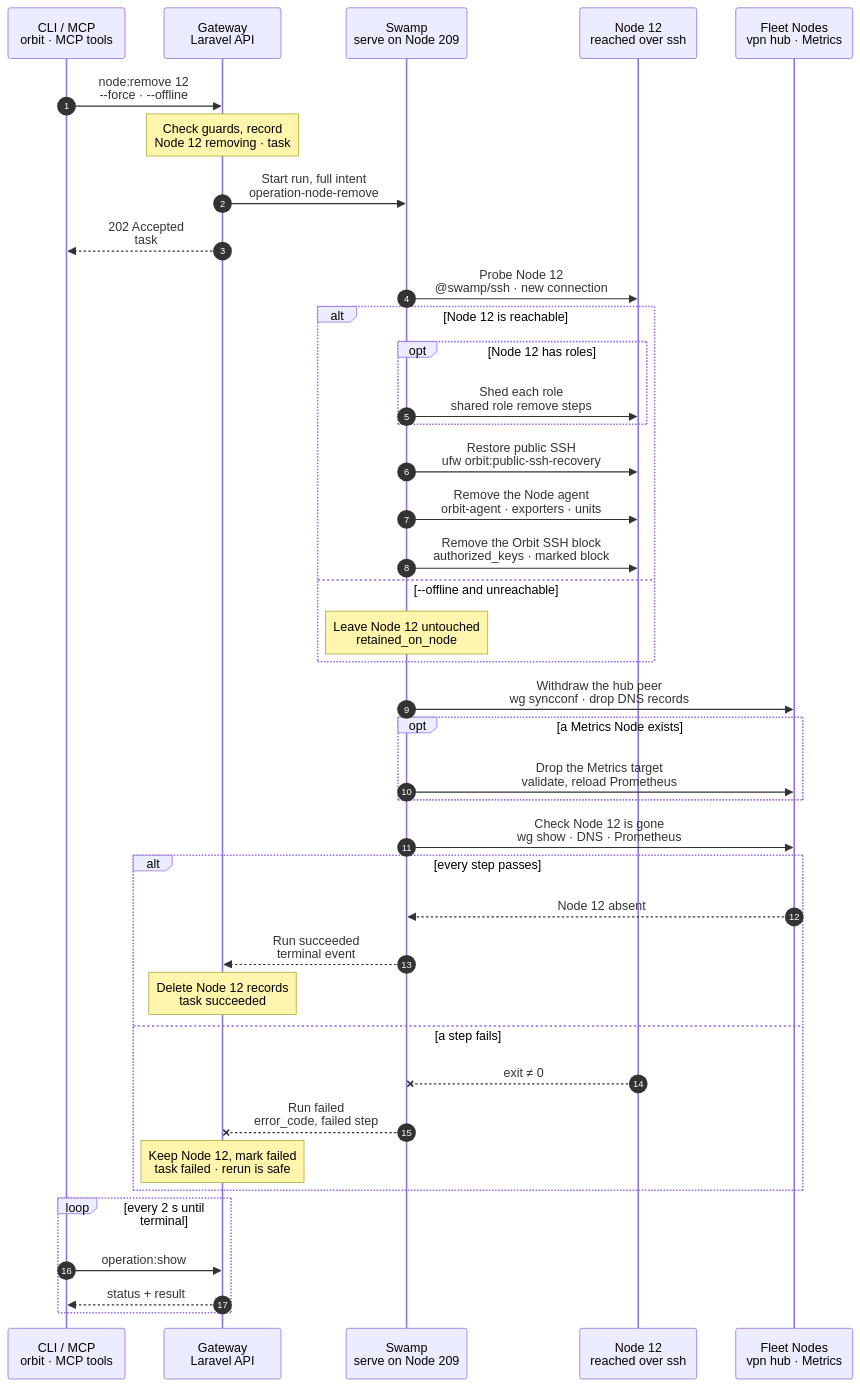
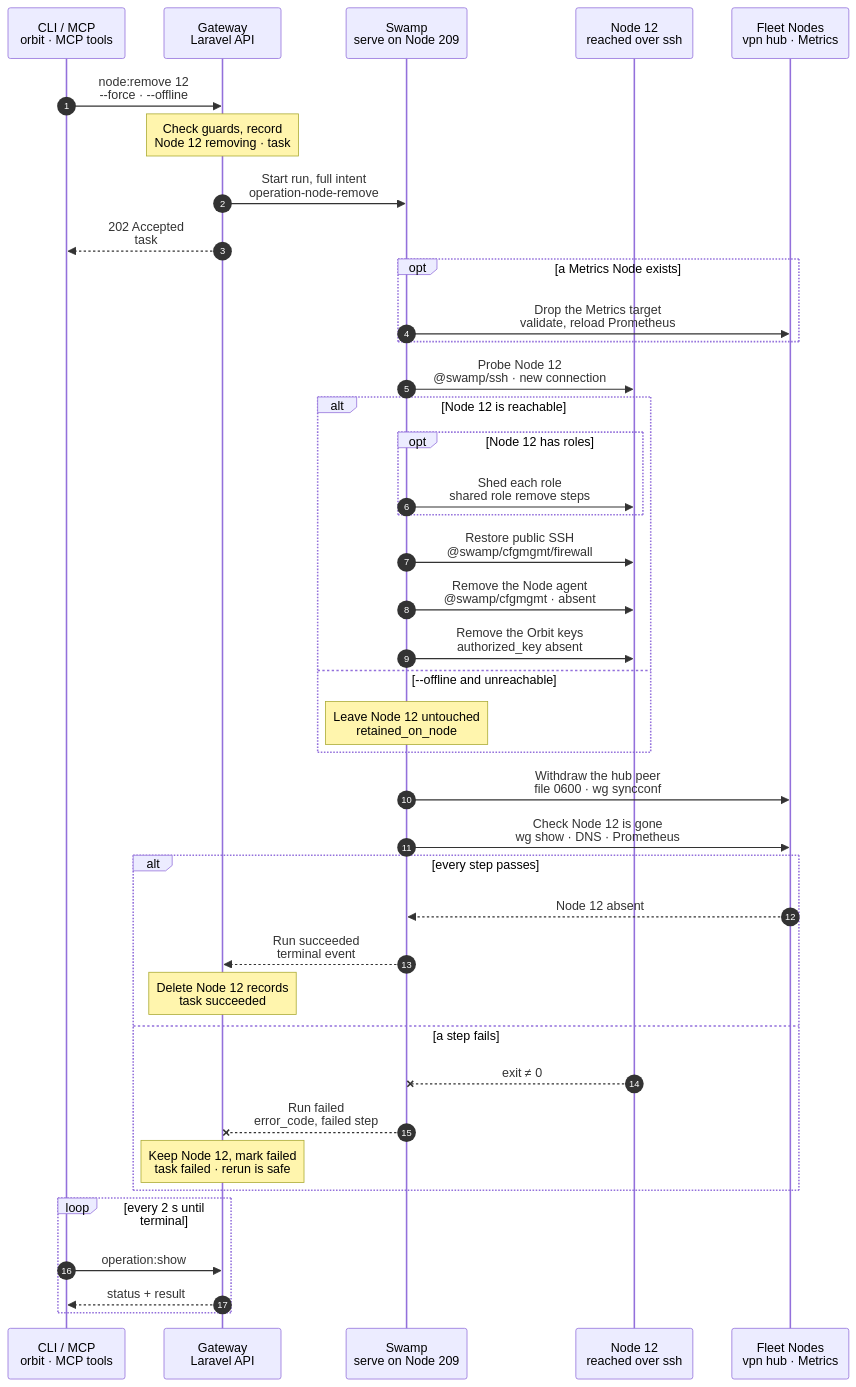
The diagram in docs/cli/node/remove.mmd (hardimpactdev/orbit), drawn with Mermaid before and after one commit. The commit also changed 6 other files, not shown here.

First line of the commit message:
docs(cli): tighten2 wave 7 charts (node.add, node.role_add, node.role_converge, node.role_remove, node.remove, metrics.enable, metrics.disable)

```diff
--- a/docs/cli/node/remove.mmd
+++ b/docs/cli/node/remove.mmd
@@ -1,154 +1,157 @@
 sequenceDiagram
   %% Target design: ADR 0243/0244 task, DECISIONS R1-R4, single-swamp-node (per-Node workers retired), agent-observer-swamp-acts. docs/reference/node-provisioning.md#remove-a-node.
+  %% Tightened: flow-tighten 2026-11-02, rules 8, 22 (Metrics target dropped first; cfgmgmt firewall/absent/authorized_key; Q-WGHUB hub file + wg syncconf).
   %% status: draft
   %% command: node:remove
   %% kind: node.remove
   autonumber
   %% lane CLI icon=terminal pill=caller tone=gray
   %% lane GW icon=gateway pill=intent tone=blue
   %% lane SW icon=workflow pill=executes tone=green
   %% lane N icon=server pill=target tone=amber
   %% lane P icon=server pill=target tone=purple
   participant CLI as CLI / MCP<br/>orbit · MCP tools
   participant GW as Gateway<br/>Laravel API
   participant SW as Swamp<br/>serve on Node 209
   participant N as Node 12<br/>reached over ssh
   participant P as Fleet Nodes<br/>vpn hub · Metrics
   CLI->>GW: node:remove 12<br/>--force · --offline
   %%> Command:
   %%> - `orbit node:remove 12 --force`
   %%> - syntax: `<node> [--force] [--offline] [--idempotency-key=KEY] [--json]`
   %%> Input:
   %%> - the Node, by numeric id
   %%> - `--force` confirms without a prompt and consents to shedding Node 12's roles; required without a terminal and with `--json`
   %%> - `--offline` also allows removal when Node 12 can't be reached
   %%> What it does:
   %%> - removes Node 12 from Orbit and hands the machine back, reachable over public SSH
   %%> - keeps user data, package managers and unrelated SSH keys on the machine
   %%> Who can call it:
   %%> - the `orbit` CLI and the MCP tool send the same request
   Note over GW: Check guards, record<br/>Node 12 removing · task #6202
   %%> Requirements:
   %%> - your Node has an access grant to Node 12
   %%> - Node 12 has no Instances, Database servers, Schedules, active Routes or operator firewall rules
   %%> - Node 12 is not your own Node, the Gateway Node, the `vpn` Node or the Swamp Node 209
   %%> - a task VM host has no task VMs and no task VM host setting; a task VM guest is removed by its own lifecycle
   %%> - no other change runs for Node 12; the Gateway holds one lock per Node and one for the hub
   %%> Builds:
   %%> - the role removal steps for each role, the public SSH rule, and the list of Orbit files and units on Node 12
   %%> - the participants: the hub, the DNS catalog, the Metrics Node and the Cluster Router, with their addresses and SSH host keys
   %%> Result:
   %%> - Node 12 marked `removing`, so hub and DNS renders leave it out
   %%> - task #6202 recorded with the full intent
   GW->>SW: Start run, full intent<br/>operation-node-remove
   %%> What it does:
   %%> - starts one Swamp run on serve (Node 209)
   %%> Inputs:
   %%> - Node 12's addresses and SSH host keys, its managed user and its Orbit SSH block
   %%> - the role removal steps, the files to remove, and each participant's change
   %%> - the `offline` flag; the SSH identity comes from the `swamp` role
   GW-->>CLI: 202 Accepted<br/>task #6202
   %%> What you get:
   %%> - the task number, at once
   %%> Next:
   %%> - the CLI follows the task with `operation:show`
+  opt a Metrics Node exists
+    SW->>P: Drop the Metrics target<br/>validate, reload Prometheus
+    %%> Why first:
+    %%> - unpublish before removing: Prometheus stops scraping Node 12 before its exporters go, as `metrics:exporter:disable` does
+    %%> What it does:
+    %%> - removes Node 12 from the Prometheus configuration and validates it with `promtool`
+    %%> - reloads Prometheus while it runs; no restart
+  end
   SW->>N: Probe Node 12<br/>@swamp/ssh · new connection
   %%> What it does:
   %%> - opens a new SSH connection over WireGuard and runs `true`
   %%> Why:
   %%> - a shared connection can outlive a stopped sshd, so only a new one proves Node 12 is reachable
   %%> Result:
   %%> - an unreachable Node fails here with `node.unreachable`, unless `--offline` was given
   alt Node 12 is reachable
     opt Node 12 has roles
       SW->>N: Shed each role<br/>shared role remove steps
       %%> What it does:
       %%> - runs the same steps as `node:role:remove` for each role, in the same run
       %%> - removes the role's runtime, certificates and firewall rules; keeps its data and container volumes
       %%> Not included:
       %%> - a child task per role
     end
-    SW->>N: Restore public SSH<br/>ufw orbit:public-ssh-recovery
+    SW->>N: Restore public SSH<br/>@swamp/cfgmgmt/firewall
     %%> What it does:
     %%> - adds the public SSH recovery rule while the tunnel still works
     %%> - checks that SSH answers on the public address
     %%> Why:
     %%> - without it, the machine is reachable only through its provider console once the peer goes
     %%> macOS:
     %%> - skipped; Orbit never managed the Mac's firewall
-    SW->>N: Remove the Node agent<br/>orbit-agent · exporters · units
+    SW->>N: Remove the Node agent<br/>@swamp/cfgmgmt · absent
     %%> What it does:
     %%> - stops and disables `orbit-agent`, node-exporter, cAdvisor and the PHP-FPM exporter
     %%> - deletes their units and files in `/etc/orbit`, then reloads systemd once
     %%> How:
     %%> - official `@swamp/cfgmgmt/systemd` and `@swamp/cfgmgmt/file` behaviors over SSH from 209
     %%> Not included:
     %%> - per-Node worker stop, files and token revocation; per-Node workers are retired
-    SW->>N: Remove the Orbit SSH block<br/>authorized_keys · marked block
+    SW->>N: Remove the Orbit keys<br/>authorized_key absent
     %%> What it does:
-    %%> - deletes only the lines between the Orbit markers
+    %%> - removes each key Orbit recorded with `@swamp/cfgmgmt/authorized_key`, `ensure: absent`
     %%> - keeps every other key, so operator access stays
     %%> Why last:
     %%> - after this step Swamp can no longer log in to Node 12
   else --offline and unreachable
     Note over SW: Leave Node 12 untouched<br/>retained_on_node
     %%> What it does:
     %%> - skips every step on Node 12
     %%> Result:
     %%> - the result lists what stays on the machine: the Node agent, its files and the Orbit SSH block
   end
-  SW->>P: Withdraw the hub peer<br/>wg syncconf · drop DNS records
+  SW->>P: Withdraw the hub peer<br/>file 0600 · wg syncconf
   %%> How:
   %%> - Swamp reaches the `vpn` Node over `@swamp/ssh` from 209; there is no worker on Node 1
   %%> What it does:
-  %%> - removes Node 12's peer, validates the hub configuration and live-syncs it with `wg syncconf`; other peers keep their tunnels
+  %%> - writes the Gateway-rendered hub config without Node 12 with `@swamp/cfgmgmt/file`, then live-syncs it with `wg syncconf`; other peers keep their tunnels
   %%> - removes Node 12's private names from the DNS catalog and reloads the listener
   %%> Cluster:
   %%> - a Cluster Router drops Node 12 from its LAN rules, through the shared firewall step
-  opt a Metrics Node exists
-    SW->>P: Drop the Metrics target<br/>validate, reload Prometheus
-    %%> What it does:
-    %%> - removes Node 12 from the Prometheus configuration and validates it with `promtool`
-    %%> - reloads Prometheus while it runs; no restart
-  end
   SW->>P: Check Node 12 is gone<br/>wg show · DNS · Prometheus
   %%> What it does:
   %%> - checks that the hub has no peer for Node 12, and that DNS and Prometheus no longer name it
   %%> Why:
   %%> - the removal only counts when the fleet shows it
   alt every step passes
     P-->>SW: Node 12 absent
     %%> Returns:
     %%> - `removed: true`, with `roles_shed` and `retained_on_node`
     SW-->>GW: Run succeeded<br/>terminal event
     %%> How the Gateway learns it:
     %%> - its shared run reader sees the terminal event and reads the run's outputs; Swamp never calls the Gateway
     Note over GW: Delete Node 12 records<br/>task succeeded
     %%> Result:
     %%> - Node 12, its role assignments, access grants and SSH host key pins are deleted
     %%> - task #6202 succeeds and lists `roles_shed` and `retained_on_node`
   else a step fails
     N--xSW: exit ≠ 0
     %%> When:
     %%> - a role removal, the public SSH check, a file removal or a participant change fails, or the budget ends
     SW--xGW: Run failed<br/>error_code, failed step
     %%> The Gateway reads:
     %%> - which step failed and its error code, and which steps finished
     Note over GW: Keep Node 12, mark failed<br/>task failed · rerun is safe
     %%> Result:
     %%> - Node 12 stays, marked failed at that step, with its records
     %%> - task #6202 fails
     %%> On the Node:
     %%> - finished steps stay; there is no rollback
     %%> - public SSH is restored before anything else goes, so the machine stays reachable
     %%> Retry:
     %%> - run the same `node:remove` again after fixing the cause; finished steps find nothing left to remove
   end
   loop every 2 s until terminal
     CLI->>GW: operation:show #6202
     %%> What it does:
     %%> - asks for the task's status every 2 seconds until it has ended
     GW-->>CLI: status + result
     %%> Returns:
     %%> - the current status, and the result once the task has ended
   end
```
